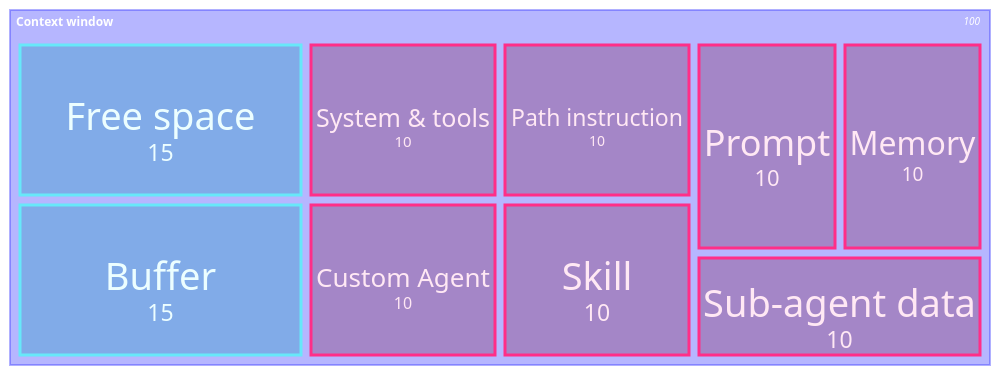
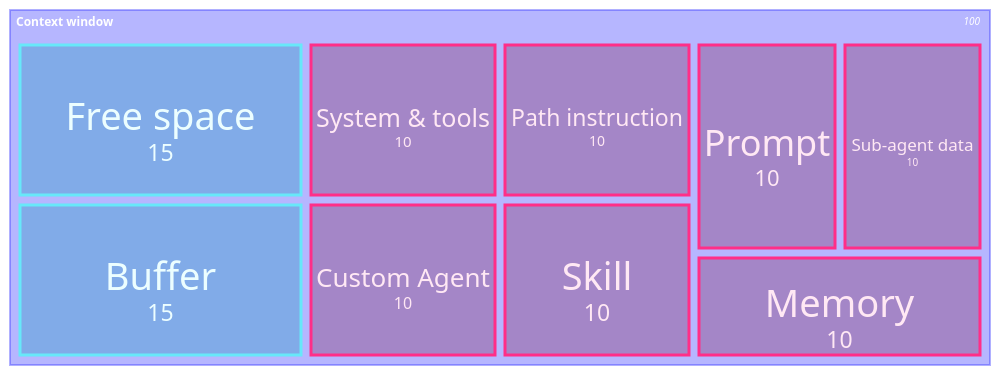
The sixth of 6 diagrams in src/content/glossary/context-engineering.md (theomonfort/theomonfort), drawn with Mermaid before and after one commit. The commit also changed other lines of this file, not shown here.

````diff
--- a/src/content/glossary/context-engineering.md
+++ b/src/content/glossary/context-engineering.md
@@ -111,15 +122,15 @@
 ```mermaid
 treemap-beta
 "Context window"
   "System & tools": 10:::used
   "Custom Agent": 10:::used
   "Path instruction": 10:::used
   "Skill": 10:::used
   "Prompt": 10:::used
+  "Sub-agent data": 10:::used
   "Memory": 10:::used
-  "Sub-agent data": 10:::used
   "Free space": 15:::free
   "Buffer": 15:::free
 classDef used fill:#7a1748,stroke:#ff2e88,color:#ffe8f4
 classDef free fill:#0891b2,stroke:#67e8f9,color:#ecfeff
 ```
````
